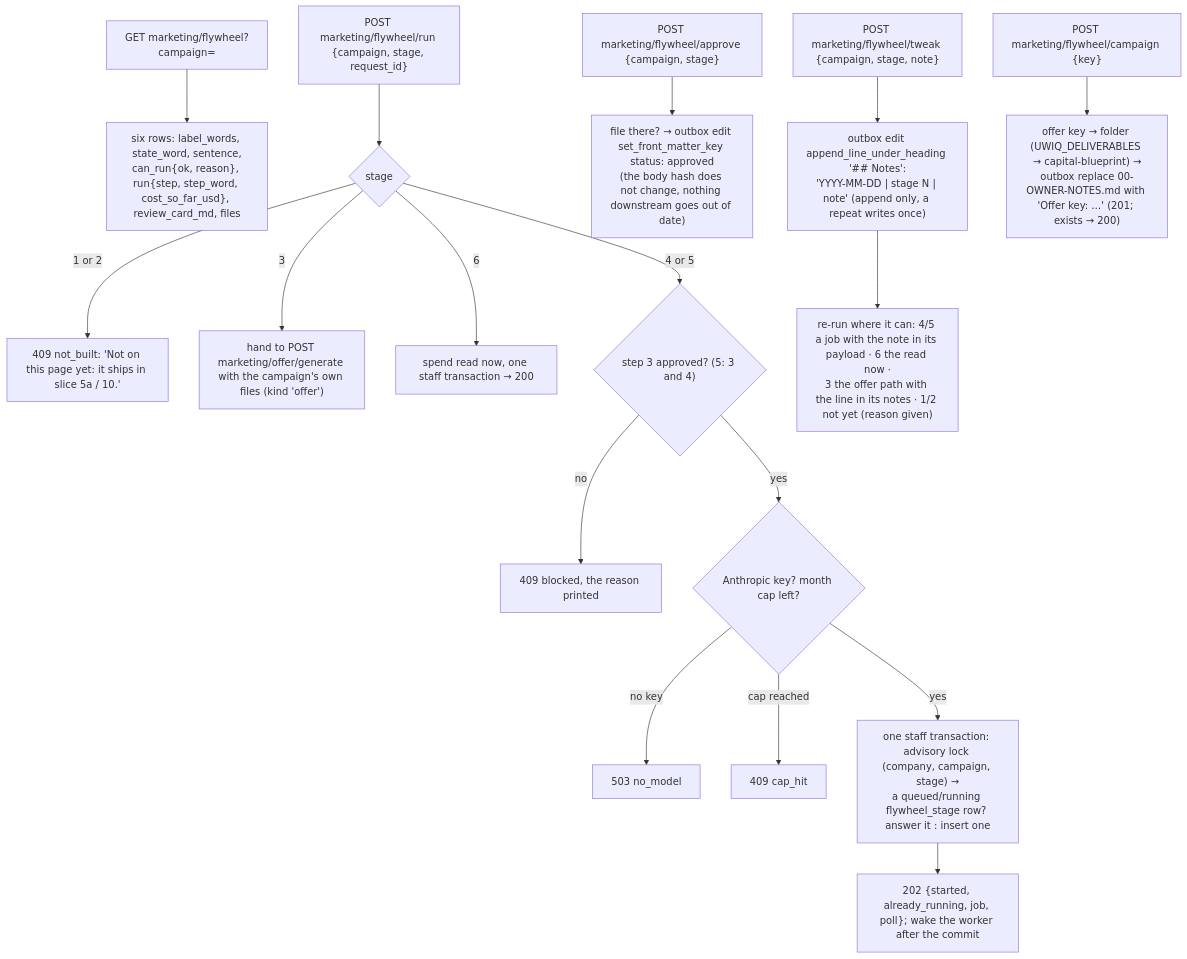
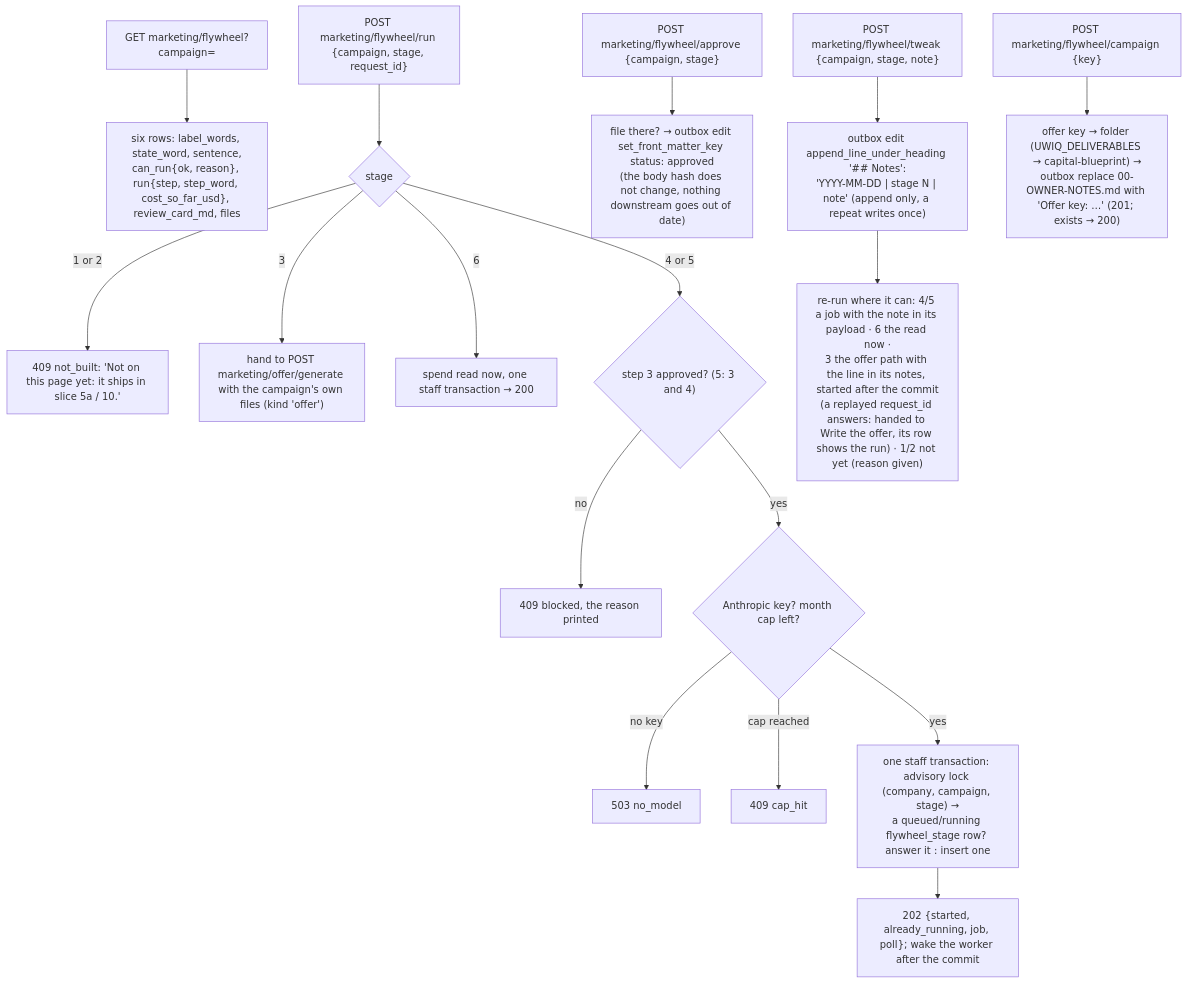
One commit to ZootimusMaximusSupreme/fundhub-platform changed diagram 31 of 32 in docs/journeys/marketing-dashboard-flow.md. Above: the diagram before and after it, drawn with Mermaid. The commit also changed other lines of this file and 5 other files, not shown here.

````diff
--- a/docs/journeys/marketing-dashboard-flow.md
+++ b/docs/journeys/marketing-dashboard-flow.md
@@ -1141,19 +1141,19 @@
 ```mermaid
 flowchart TD
   G["GET marketing/flywheel?campaign="] --> V["six rows: label_words, state_word, sentence,<br/>can_run{ok, reason}, run{step, step_word, cost_so_far_usd}, review_card_md, files"]
   RUN["POST marketing/flywheel/run {campaign, stage, request_id}"] --> W{stage}
   W -->|1 or 2| NB["409 not_built: 'Not on this page yet: it ships in slice 5a / 10.'"]
   W -->|3| OF["hand to POST marketing/offer/generate with the campaign's own files (kind 'offer')"]
   W -->|6| SR["spend read now, one staff transaction → 200"]
   W -->|4 or 5| GATE{"step 3 approved? (5: 3 and 4)"}
   GATE -->|no| BL["409 blocked, the reason printed"]
   GATE -->|yes| KEY{"Anthropic key? month cap left?"}
   KEY -->|no key| NM["503 no_model"]
   KEY -->|cap reached| CH["409 cap_hit"]
   KEY -->|yes| J["one staff transaction: advisory lock (company, campaign, stage) →<br/>a queued/running flywheel_stage row? answer it : insert one"]
   J --> A202["202 {started, already_running, job, poll}; wake the worker after the commit"]
   AP["POST marketing/flywheel/approve {campaign, stage}"] --> AE["file there? → outbox edit set_front_matter_key status: approved<br/>(the body hash does not change, nothing downstream goes out of date)"]
   TW["POST marketing/flywheel/tweak {campaign, stage, note}"] --> TN["outbox edit append_line_under_heading '## Notes':<br/>'YYYY-MM-DD | stage N | note' (append only, a repeat writes once)"]
-  TN --> TR["re-run where it can: 4/5 a job with the note in its payload · 6 the read now ·<br/>3 the offer path with the line in its notes · 1/2 not yet (reason given)"]
+  TN --> TR["re-run where it can: 4/5 a job with the note in its payload · 6 the read now ·<br/>3 the offer path with the line in its notes, started after the commit<br/>(a replayed request_id answers: handed to Write the offer, its row shows the run) · 1/2 not yet (reason given)"]
   CA["POST marketing/flywheel/campaign {key}"] --> CN["offer key → folder (UWIQ_DELIVERABLES → capital-blueprint) →<br/>outbox replace 00-OWNER-NOTES.md with 'Offer key: …' (201; exists → 200)"]
 ```
````
